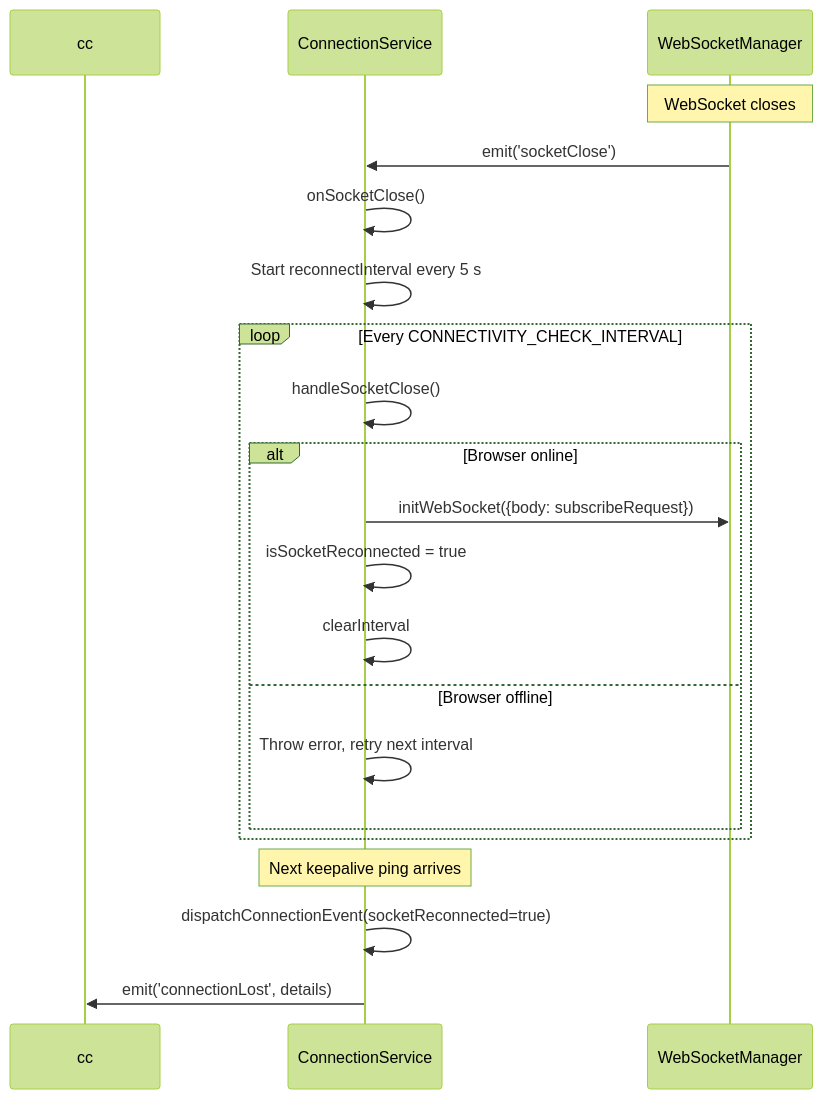
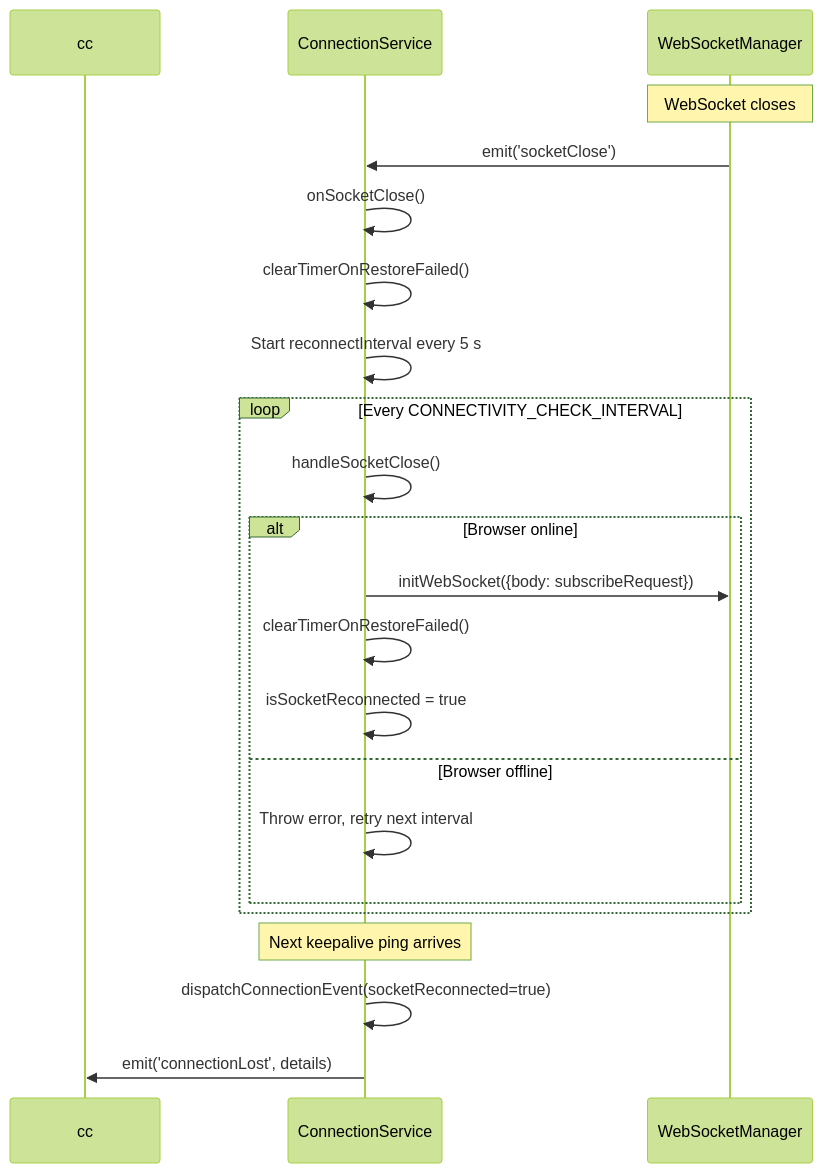
One commit to webex/webex-js-sdk changed the second of 5 diagrams in packages/@webex/contact-center/src/services/core/ai-docs/ARCHITECTURE.md. Above: the diagram before and after it, drawn with Mermaid (forest theme). The commit also changed other lines of this file, not shown here.

````diff
--- a/packages/@webex/contact-center/src/services/core/ai-docs/ARCHITECTURE.md
+++ b/packages/@webex/contact-center/src/services/core/ai-docs/ARCHITECTURE.md
@@ -84,26 +84,27 @@
 ```mermaid
 sequenceDiagram
     participant App as cc
     participant CS as ConnectionService
     participant WSM as WebSocketManager
 
     Note over WSM: WebSocket closes
     WSM->>CS: emit('socketClose')
     CS->>CS: onSocketClose()
+    CS->>CS: clearTimerOnRestoreFailed()
     CS->>CS: Start reconnectInterval every 5 s
 
     loop Every CONNECTIVITY_CHECK_INTERVAL
         CS->>CS: handleSocketClose()
         alt Browser online
             CS->>WSM: initWebSocket({body: subscribeRequest})
+            CS->>CS: clearTimerOnRestoreFailed()
             CS->>CS: isSocketReconnected = true
-            CS->>CS: clearInterval
         else Browser offline
             CS->>CS: Throw error, retry next interval
         end
     end
 
     Note over CS: Next keepalive ping arrives
     CS->>CS: dispatchConnectionEvent(socketReconnected=true)
     CS->>App: emit('connectionLost', details)
 ```
````
